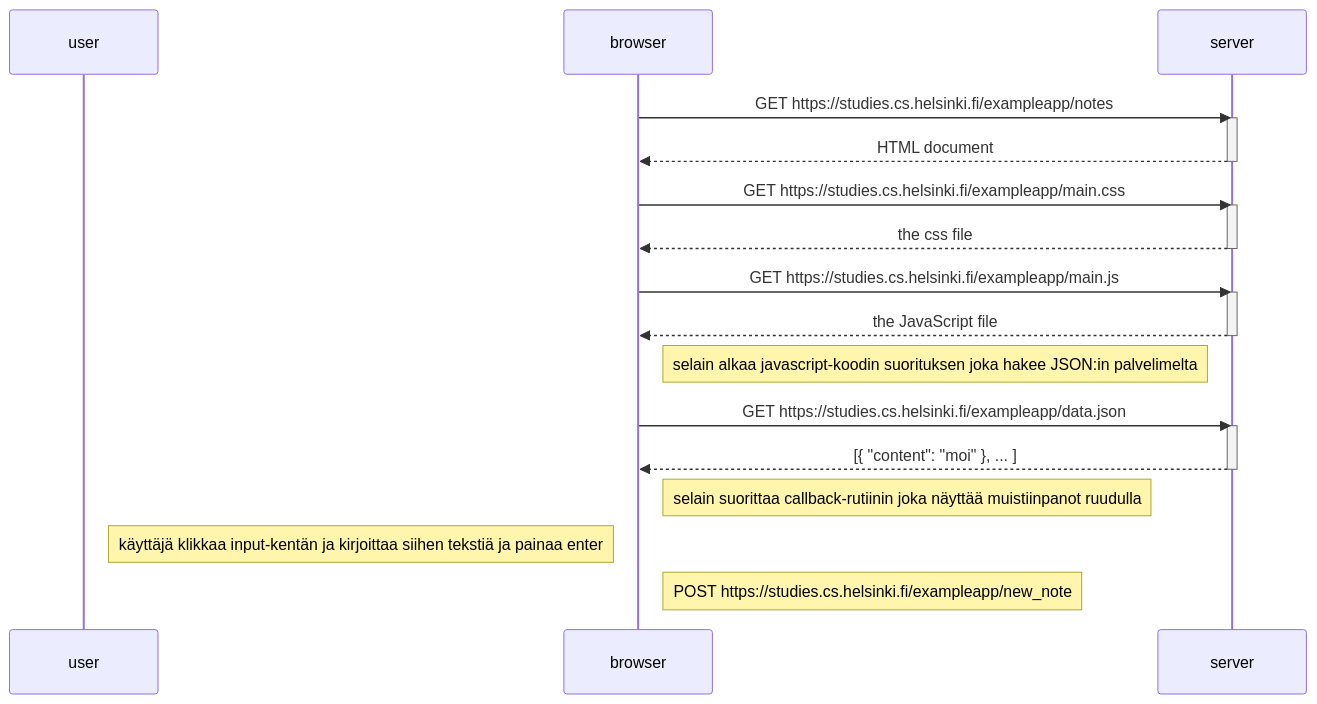
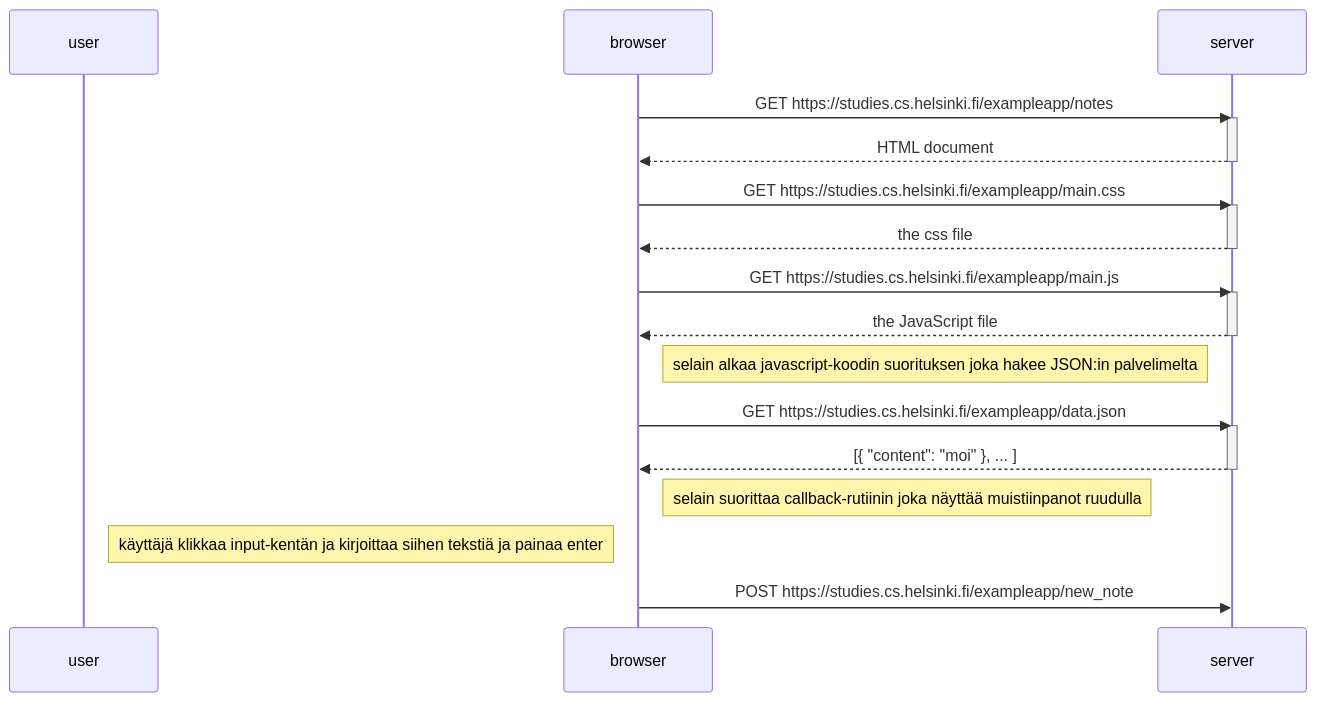
The diagram in mermaid-test6.md (moocjsi/mooc-harj03), drawn with Mermaid before and after one commit.

````diff
--- a/mermaid-test6.md
+++ b/mermaid-test6.md
@@ -1,36 +1,36 @@
 ```mermaid
 sequenceDiagram
     participant user
     participant browser
     participant server
     
     browser->>server: GET https://studies.cs.helsinki.fi/exampleapp/notes
     activate server
     server-->>browser: HTML document
     deactivate server
 
     browser->>server: GET https://studies.cs.helsinki.fi/exampleapp/main.css
     activate server
     server-->>browser: the css file
     deactivate server
 
     browser->>server: GET https://studies.cs.helsinki.fi/exampleapp/main.js
     activate server
     server-->>browser: the JavaScript file
     deactivate server
 
     Note right of browser: selain alkaa  javascript-koodin suorituksen joka hakee JSON:in palvelimelta
 
     browser->>server: GET https://studies.cs.helsinki.fi/exampleapp/data.json
     activate server
     server-->>browser: [{ "content": "moi" }, ... ]
     deactivate server
 
     Note right of browser: selain suorittaa callback-rutiinin joka näyttää muistiinpanot ruudulla
 
     Note right of user: käyttäjä klikkaa input-kentän ja kirjoittaa siihen tekstiä ja painaa enter
 
-    Note right of browser: POST https://studies.cs.helsinki.fi/exampleapp/new_note
+    browser->>server: POST https://studies.cs.helsinki.fi/exampleapp/new_note
 
 
 ```
````
